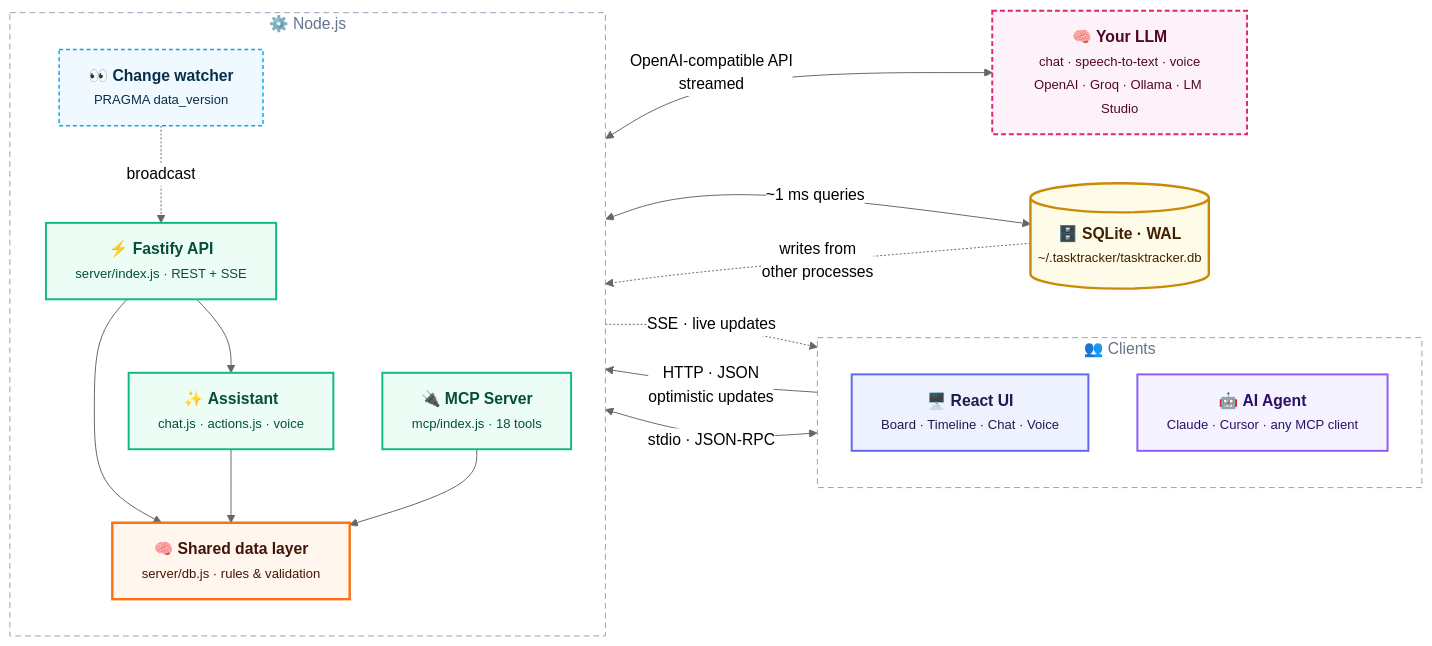
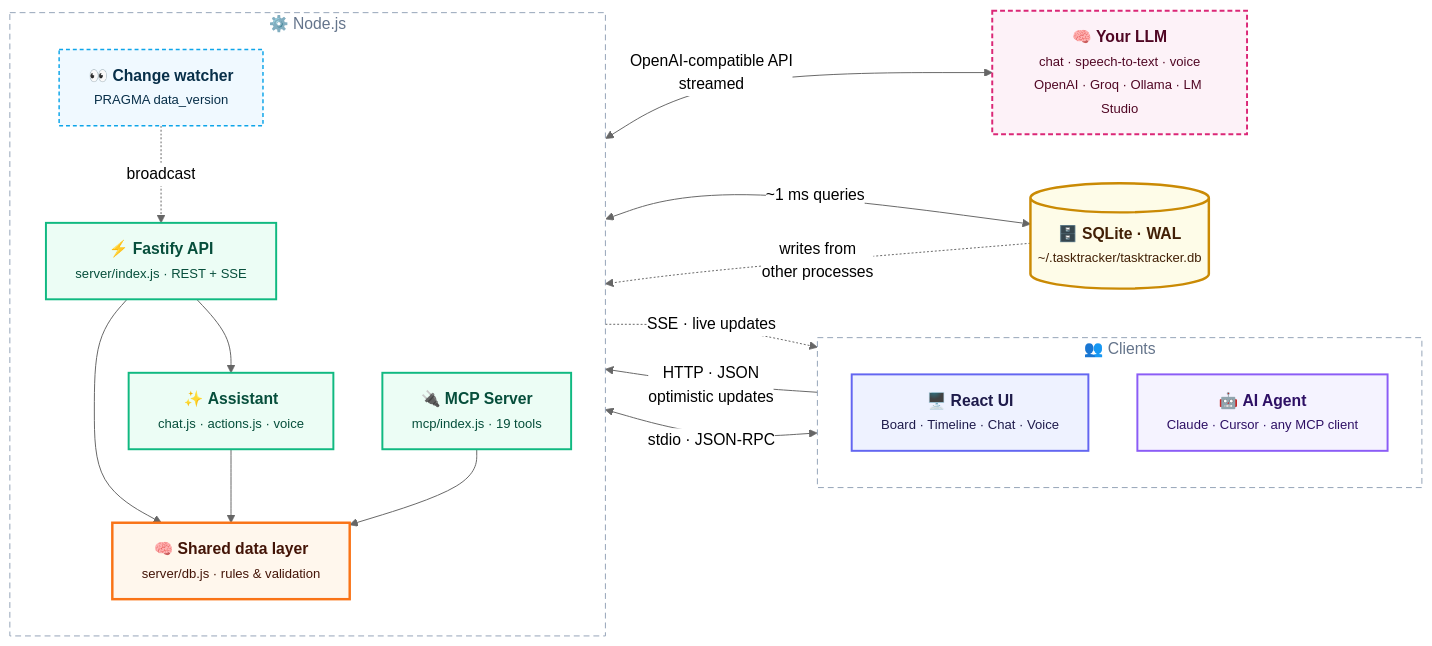
The first of 4 diagrams in README.md (Parv17k/tasktracker), drawn with Mermaid (neutral theme) before and after one commit. The commit also changed other lines of this file and 3 other files, not shown here.

````diff
--- a/README.md
+++ b/README.md
@@ -327,51 +345,51 @@
 ```mermaid
 flowchart LR
     subgraph clients["&nbsp;👥 Clients&nbsp;"]
         direction TB
         UI["🖥️ <b>React UI</b><br/><small>Board · Timeline · Chat · Voice</small>"]
         AGENT["🤖 <b>AI Agent</b><br/><small>Claude · Cursor · any MCP client</small>"]
     end
 
     subgraph node["&nbsp;⚙️ Node.js&nbsp;"]
         direction TB
         API["⚡ <b>Fastify API</b><br/><small>server/index.js · REST + SSE</small>"]
         CHAT["✨ <b>Assistant</b><br/><small>chat.js · actions.js · voice</small>"]
-        MCP["🔌 <b>MCP Server</b><br/><small>mcp/index.js · 18 tools</small>"]
+        MCP["🔌 <b>MCP Server</b><br/><small>mcp/index.js · 19 tools</small>"]
         CORE["🧠 <b>Shared data layer</b><br/><small>server/db.js · rules &amp; validation</small>"]
         WATCH["👀 <b>Change watcher</b><br/><small>PRAGMA data_version</small>"]
     end
 
     DB[("🗄️ <b>SQLite · WAL</b><br/><small>~/.tasktracker/tasktracker.db</small>")]
     LLM["🧠 <b>Your LLM</b><br/><small>chat · speech-to-text · voice<br/>OpenAI · Groq · Ollama · LM Studio</small>"]
 
     UI -->|"HTTP · JSON<br/>optimistic updates"| API
     API -.->|"SSE · live updates"| UI
     AGENT <-->|"stdio · JSON-RPC"| MCP
     API --> CORE
     API --> CHAT
     CHAT --> CORE
     CHAT <-->|"OpenAI-compatible API<br/>streamed"| LLM
     MCP --> CORE
     CORE <-->|"~1 ms queries"| DB
     DB -.->|"writes from<br/>other processes"| WATCH
     WATCH -.->|"broadcast"| API
 
     classDef client fill:#eef2ff,stroke:#6366f1,stroke-width:2px,color:#1e1b4b
     classDef agent fill:#f5f3ff,stroke:#8b5cf6,stroke-width:2px,color:#2e1065
     classDef server fill:#ecfdf5,stroke:#10b981,stroke-width:2px,color:#064e3b
     classDef core fill:#fff7ed,stroke:#f97316,stroke-width:2.5px,color:#431407
     classDef watch fill:#f0f9ff,stroke:#0ea5e9,stroke-width:1.5px,stroke-dasharray:4 3,color:#082f49
     classDef db fill:#fefce8,stroke:#ca8a04,stroke-width:2.5px,color:#422006
     classDef llm fill:#fdf2f8,stroke:#db2777,stroke-width:2px,stroke-dasharray:5 3,color:#500724
 
     class UI client
     class AGENT agent
     class API,MCP,CHAT server
     class CORE core
     class WATCH watch
     class DB db
     class LLM llm
 
     style clients fill:transparent,stroke:#94a3b8,stroke-width:1px,stroke-dasharray:6 4,color:#64748b
     style node fill:transparent,stroke:#94a3b8,stroke-width:1px,stroke-dasharray:6 4,color:#64748b
 ```
````
